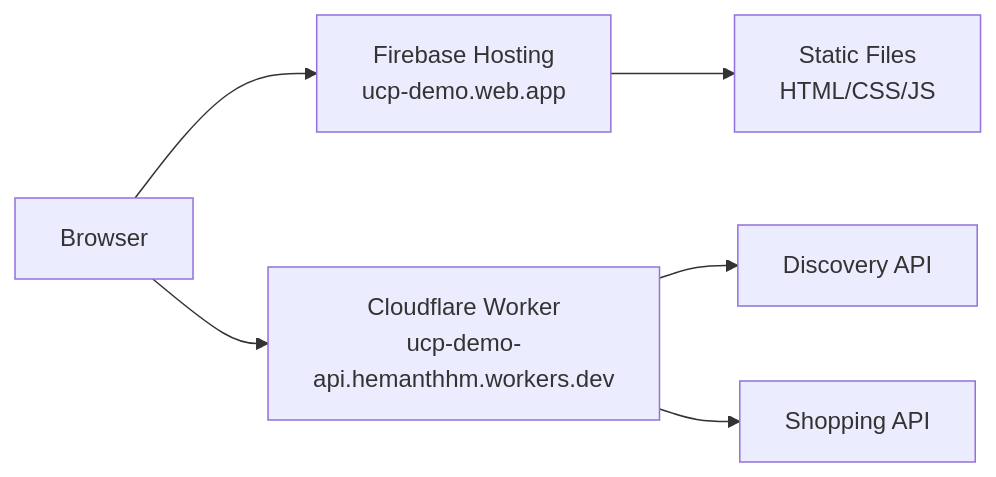
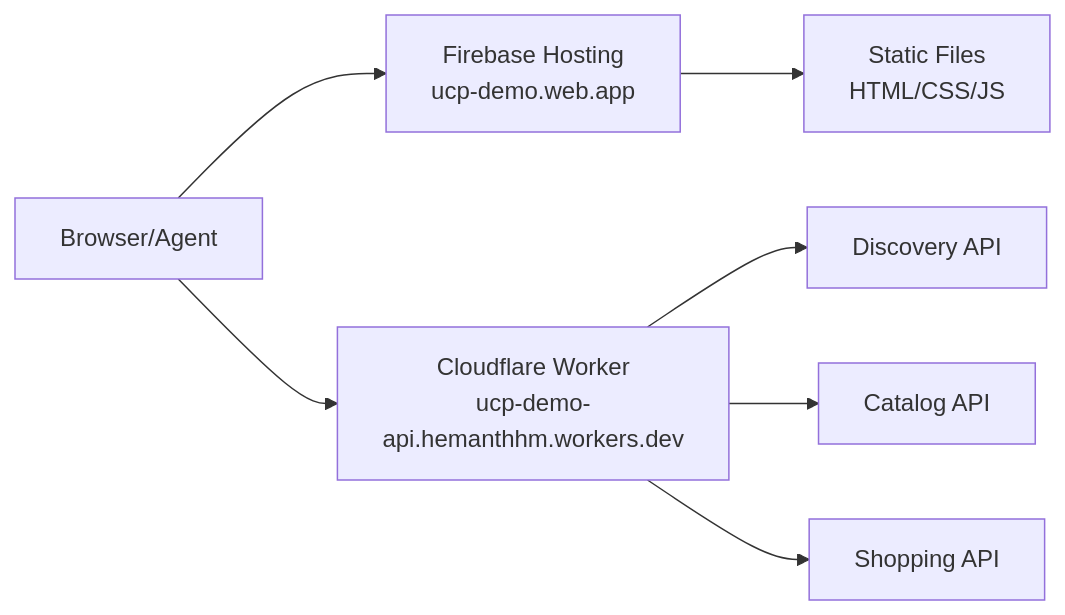
Before and after one commit to hemanth/ucp-demo: the first of 2 diagrams in README.md, drawn with Mermaid. The commit also changed other lines of this file and 11 other files, not shown here.

````diff
--- a/README.md
+++ b/README.md
@@ -26,8 +34,9 @@
 ```mermaid
 graph LR
-    A[Browser] --> B["Firebase Hosting<br/>ucp-demo.web.app"]
+    A[Browser/Agent] --> B["Firebase Hosting<br/>ucp-demo.web.app"]
     B --> C["Static Files<br/>HTML/CSS/JS"]
     A --> D["Cloudflare Worker<br/>ucp-demo-api.hemanthhm.workers.dev"]
     D --> E["Discovery API"]
-    D --> F["Shopping API"]
+    D --> F["Catalog API"]
+    D --> G["Shopping API"]
 ```
````
